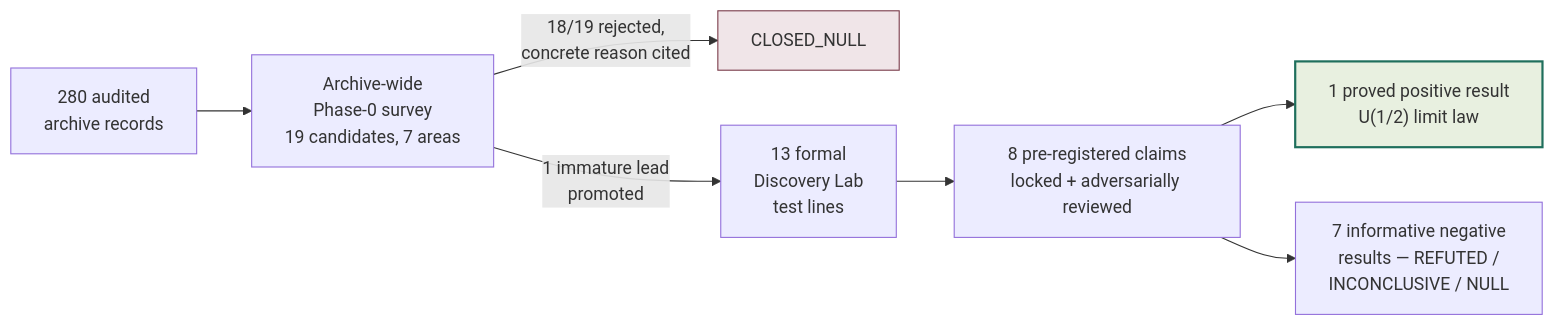
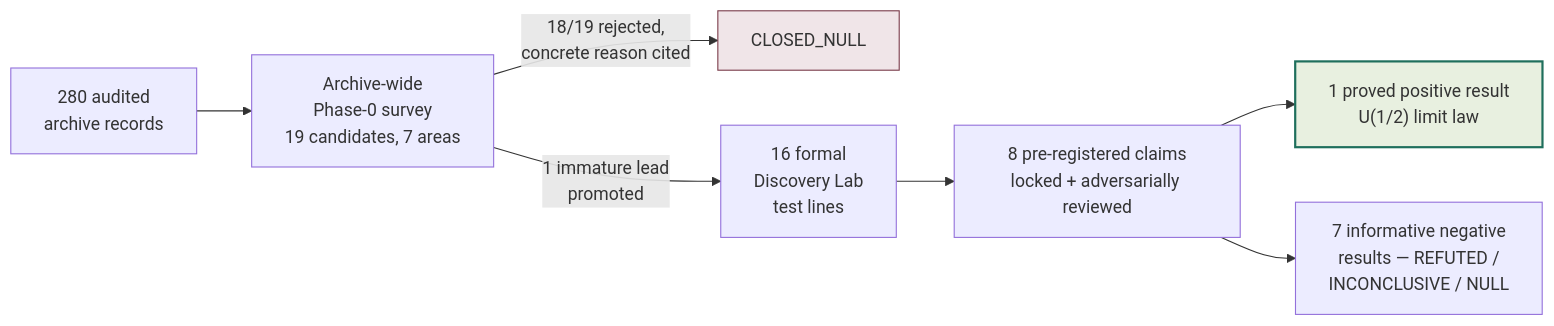
Before and after one commit to dougdotcon/TamesisTheoryCompleteResearchArchive: the first of 4 diagrams in README.md, drawn with Mermaid. The commit also changed other lines of this file and 5 other files, not shown here.

````diff
--- a/README.md
+++ b/README.md
@@ -42,11 +42,11 @@
 ```mermaid
 flowchart LR
     R[280 audited<br/>archive records] --> S[Archive-wide<br/>Phase-0 survey<br/>19 candidates, 7 areas]
     S -->|18/19 rejected,<br/>concrete reason cited| N1[CLOSED_NULL]
-    S -->|1 immature lead<br/>promoted| L13[13 formal<br/>Discovery Lab<br/>test lines]
+    S -->|1 immature lead<br/>promoted| L13[16 formal<br/>Discovery Lab<br/>test lines]
     L13 --> C8[8 pre-registered claims<br/>locked + adversarially reviewed]
     C8 --> V1["1 proved positive result<br/>U(1/2) limit law"]
     C8 --> V2[7 informative negative<br/>results — REFUTED /<br/>INCONCLUSIVE / NULL]
     style V1 fill:#e8f0e0,stroke:#1f6f5c,stroke-width:2px
     style N1 fill:#f0e5e8,stroke:#7a3b4a
 ```
````
